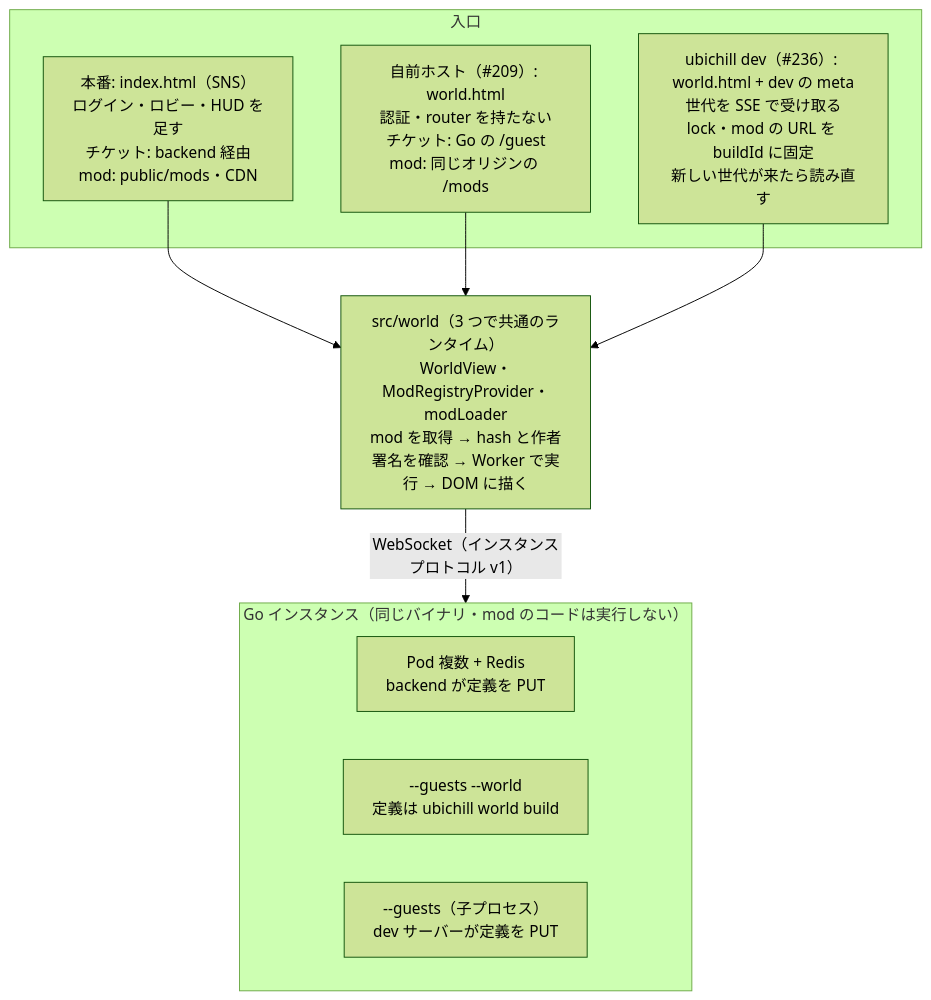
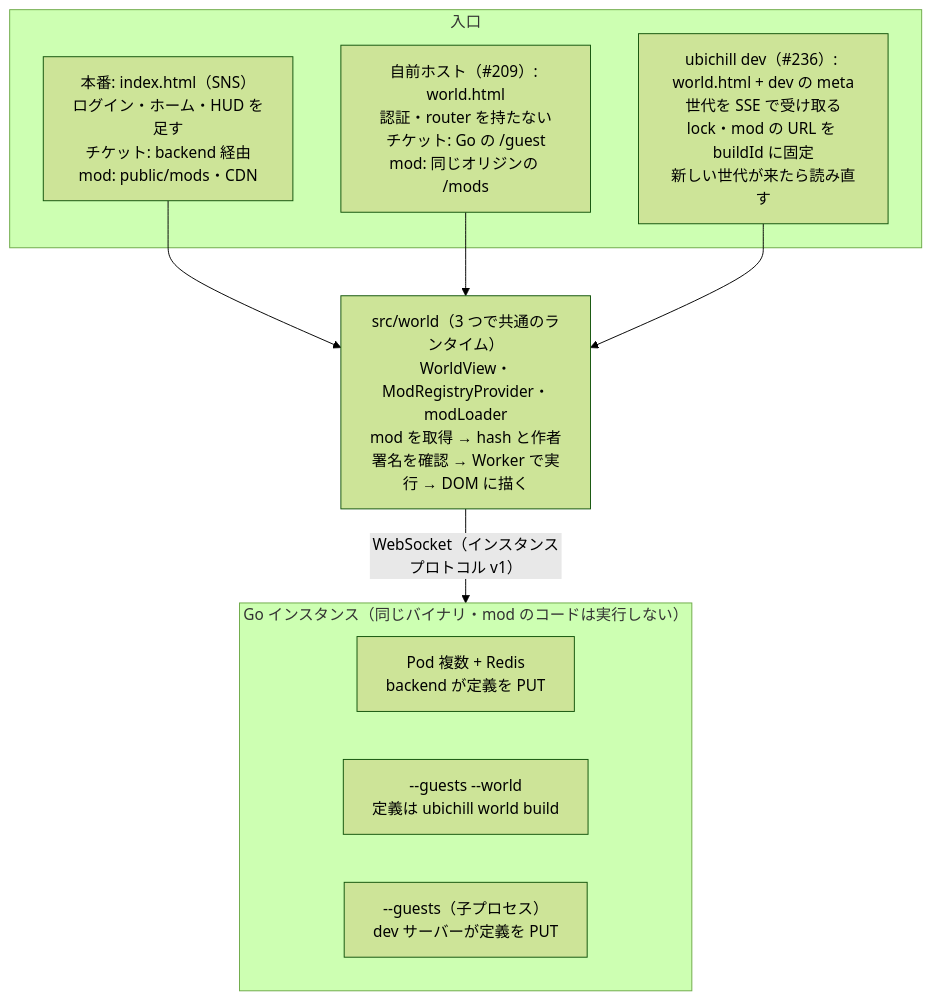
The diagram in docs/design/world-runtime-dev.md (ubichill/ubichill), drawn with Mermaid (forest theme) before and after one commit. The commit also changed other lines of this file and 124 other files, not shown here.

````diff
--- a/docs/design/world-runtime-dev.md
+++ b/docs/design/world-runtime-dev.md
@@ -60,18 +60,18 @@
 ```mermaid
 flowchart TB
     subgraph entry[入口]
-        sns["本番: index.html（SNS）<br/>ログイン・ロビー・HUD を足す<br/>チケット: backend 経由<br/>mod: public/mods・CDN"]
+        sns["本番: index.html（SNS）<br/>ログイン・ホーム・HUD を足す<br/>チケット: backend 経由<br/>mod: public/mods・CDN"]
         self["自前ホスト（#209）: world.html<br/>認証・router を持たない<br/>チケット: Go の /guest<br/>mod: 同じオリジンの /mods"]
         dev["ubichill dev（#236）: world.html + dev の meta<br/>世代を SSE で受け取る<br/>lock・mod の URL を buildId に固定<br/>新しい世代が来たら読み直す"]
     end
     world["src/world（3 つで共通のランタイム）<br/>WorldView・ModRegistryProvider・modLoader<br/>mod を取得 → hash と作者署名を確認 → Worker で実行 → DOM に描く"]
     subgraph go[Go インスタンス（同じバイナリ・mod のコードは実行しない）]
         gsns["Pod 複数 + Redis<br/>backend が定義を PUT"]
         gself["--guests --world<br/>定義は ubichill world build"]
         gdev["--guests（子プロセス）<br/>dev サーバーが定義を PUT"]
     end
     sns --> world
     self --> world
     dev --> world
     world -- "WebSocket（インスタンスプロトコル v1）" --> go
 ```
````
